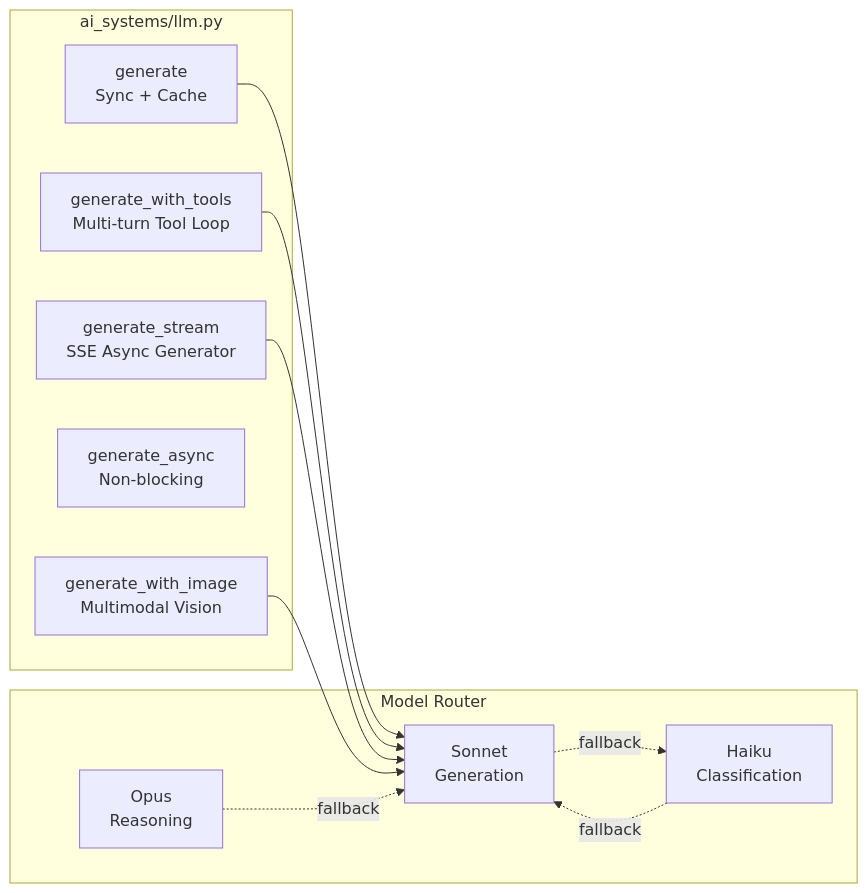
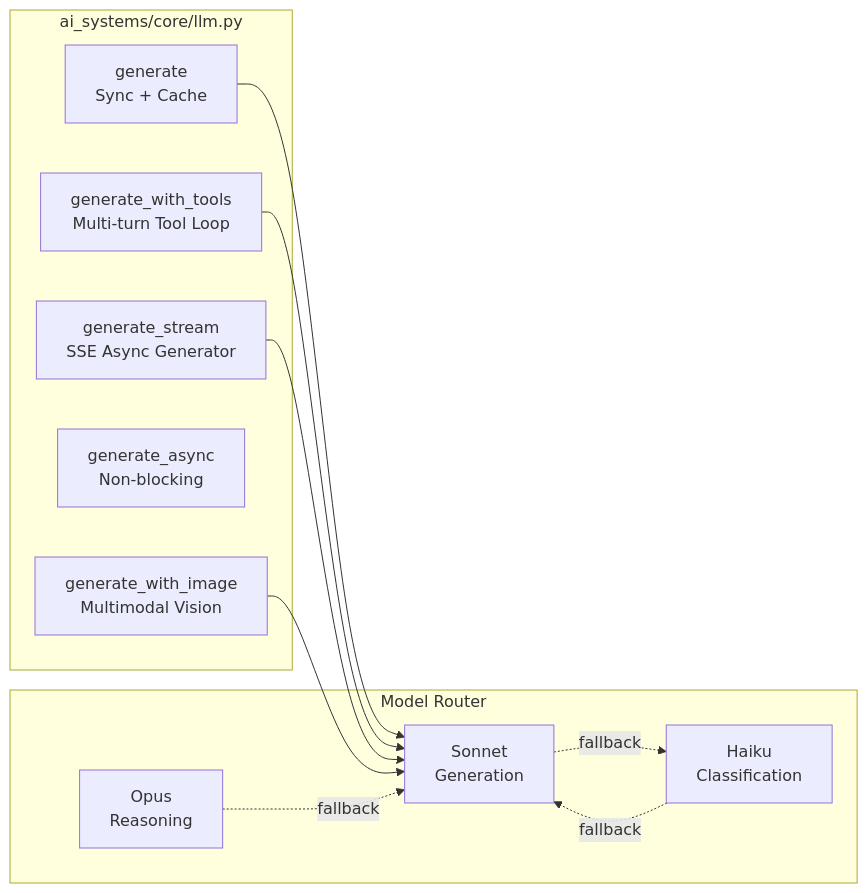
The third of 3 diagrams in docs/system_overview.md (wchen-dea/Agentic-Operational-Intelligence-Platform), drawn with Mermaid before and after one commit. The commit also changed other lines of this file and 17 other files, not shown here.

````diff
--- a/docs/system_overview.md
+++ b/docs/system_overview.md
@@ -94,24 +94,24 @@
 ```mermaid
 flowchart LR
-    subgraph "ai_systems/llm.py"
+    subgraph "ai_systems/core/llm.py"
         GEN[generate\nSync + Cache]
         TOOLS[generate_with_tools\nMulti-turn Tool Loop]
         STREAM[generate_stream\nSSE Async Generator]
         ASYNC[generate_async\nNon-blocking]
         VISION[generate_with_image\nMultimodal Vision]
     end
 
     subgraph "Model Router"
         HAIKU[Haiku\nClassification]
         SONNET[Sonnet\nGeneration]
         OPUS[Opus\nReasoning]
     end
 
     GEN --> SONNET
     TOOLS --> SONNET
     STREAM --> SONNET
     VISION --> SONNET
     HAIKU -.->|fallback| SONNET
     SONNET -.->|fallback| HAIKU
     OPUS -.->|fallback| SONNET
 ```
````
